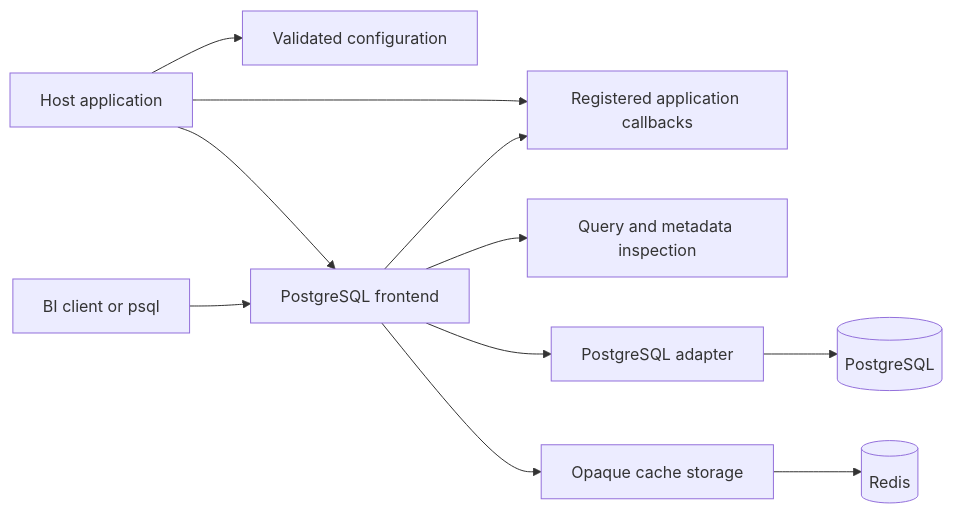
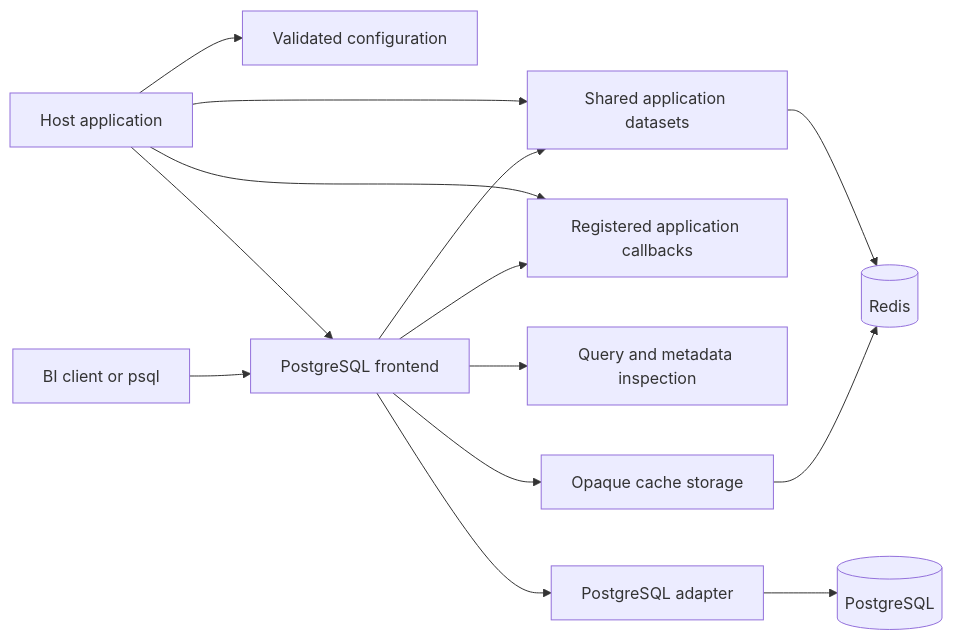
The first of 4 diagrams in docs/architecture.md (AbhiSinha08/yasp-analytics-proxy), drawn with Mermaid before and after one commit. The commit also changed other lines of this file and 46 other files, not shown here.

Commit message:
Shared Application Datasets

````diff
--- a/docs/architecture.md
+++ b/docs/architecture.md
@@ -22,13 +23,16 @@
 ```mermaid
 flowchart LR
     Host[Host application] --> Config[Validated configuration]
+    Host --> Datasets[Shared application datasets]
     Host --> Gateway[PostgreSQL frontend]
     Host --> Hooks[Registered application callbacks]
     Client[BI client or psql] --> Gateway
     Gateway --> SQL[Query and metadata inspection]
     Gateway --> Hooks
+    Gateway --> Datasets
     Gateway --> Adapter[PostgreSQL adapter]
     Gateway --> Cache[Opaque cache storage]
+    Datasets --> Redis[(Redis)]
     Adapter --> PG[(PostgreSQL)]
-    Cache --> Redis[(Redis)]
+    Cache --> Redis
 ```
````
